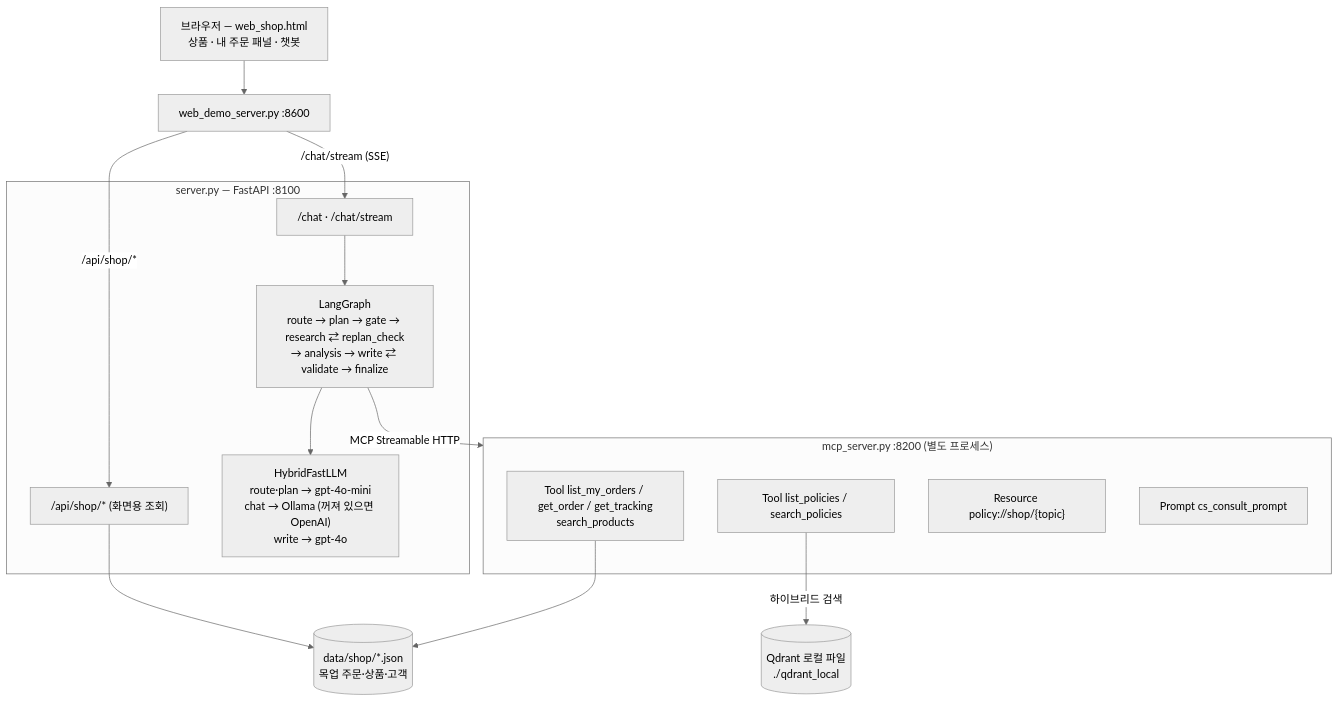
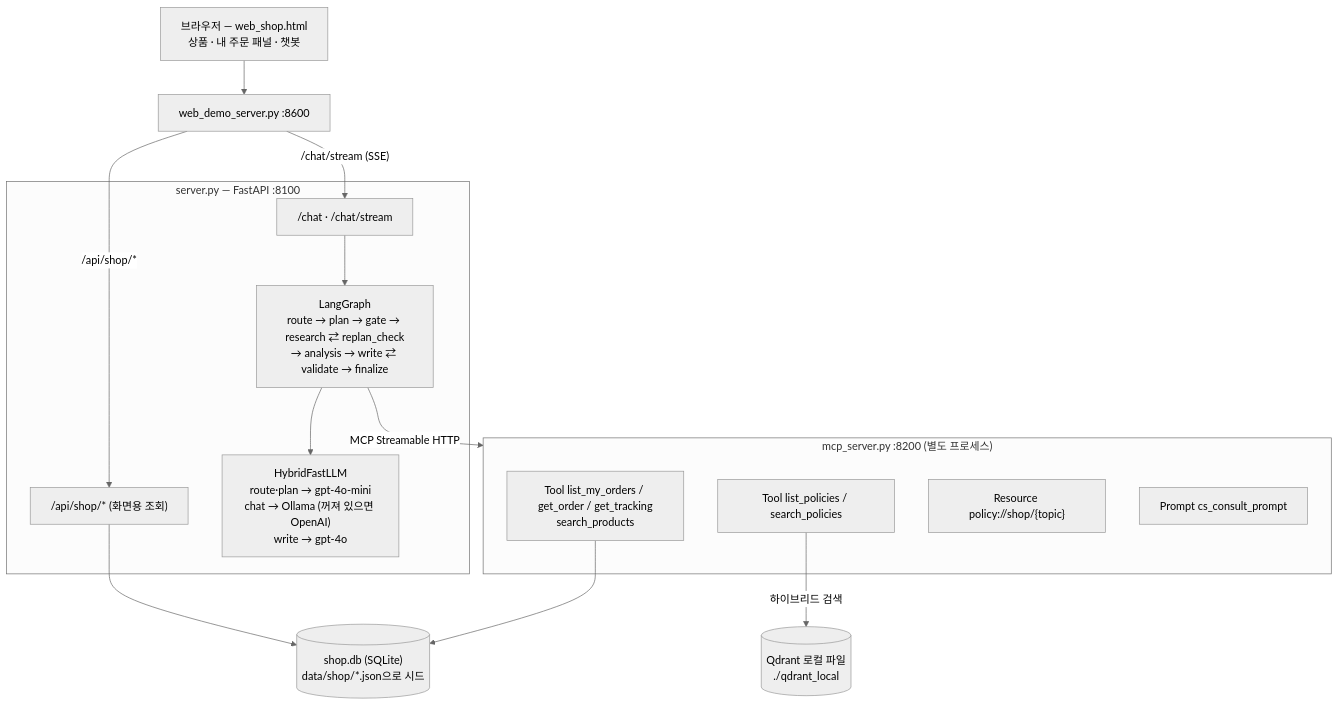
One commit to Hankookiniayo/ai_mini_project changed the diagram in doc/README.md. Above: the diagram before and after it, drawn with Mermaid (neutral theme). The commit also changed other lines of this file and 24 other files, not shown here.

````diff
--- a/doc/README.md
+++ b/doc/README.md
@@ -27,25 +28,25 @@
 ```mermaid
 flowchart TB
     Browser["브라우저 — web_shop.html<br/>상품 · 내 주문 패널 · 챗봇"] --> Proxy["web_demo_server.py :8600"]
     Proxy -->|"/api/shop/*"| ShopAPI
     Proxy -->|"/chat/stream (SSE)"| API
 
     subgraph Agent["server.py — FastAPI :8100"]
         ShopAPI["/api/shop/* (화면용 조회)"]
         API["/chat · /chat/stream"] --> Graph["LangGraph<br/>route → plan → gate → research ⇄ replan_check<br/>→ analysis → write ⇄ validate → finalize"]
         Graph --> LLM["HybridFastLLM<br/>route·plan → gpt-4o-mini<br/>chat → Ollama (꺼져 있으면 OpenAI)<br/>write → gpt-4o"]
     end
 
     Graph -->|"MCP Streamable HTTP"| MCP
     subgraph MCP["mcp_server.py :8200 (별도 프로세스)"]
         T1["Tool list_my_orders / get_order / get_tracking<br/>search_products"]
         T2["Tool list_policies / search_policies"]
         R1["Resource policy://shop/{topic}"]
         P1["Prompt cs_consult_prompt"]
     end
 
-    Data[("data/shop/*.json<br/>목업 주문·상품·고객")]
+    Data[("shop.db (SQLite)<br/>data/shop/*.json으로 시드")]
     ShopAPI --> Data
     T1 --> Data
     T2 -->|"하이브리드 검색"| Qdrant[("Qdrant 로컬 파일<br/>./qdrant_local")]
 ```
````
